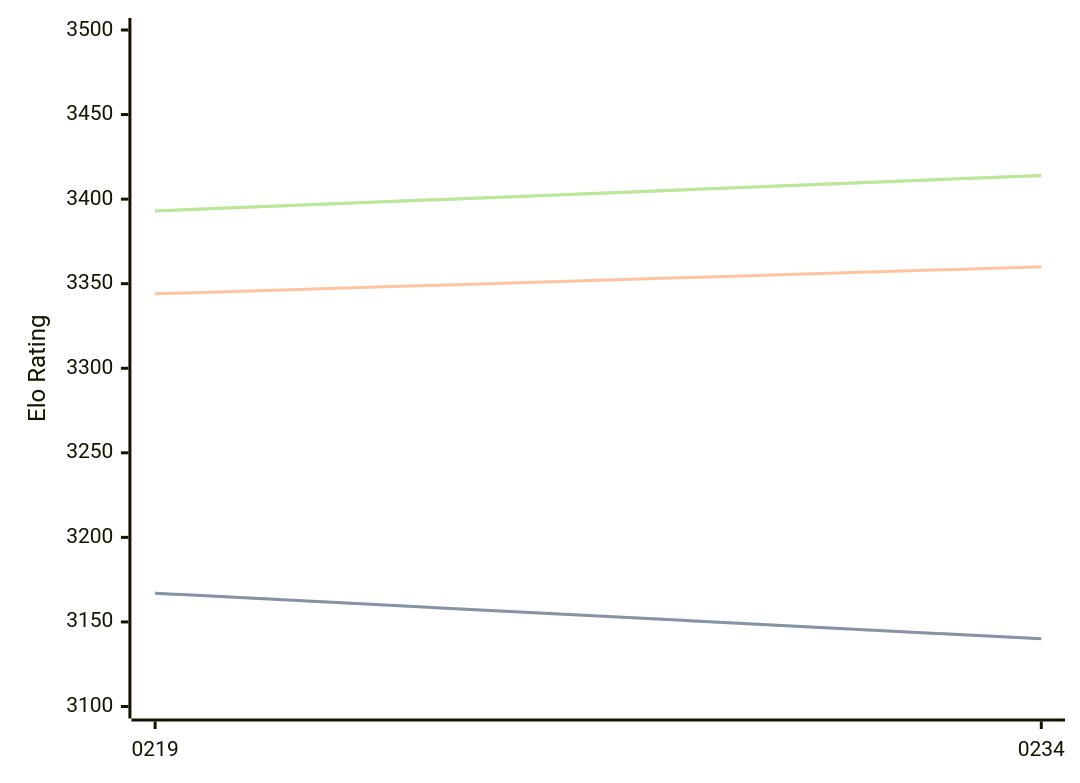
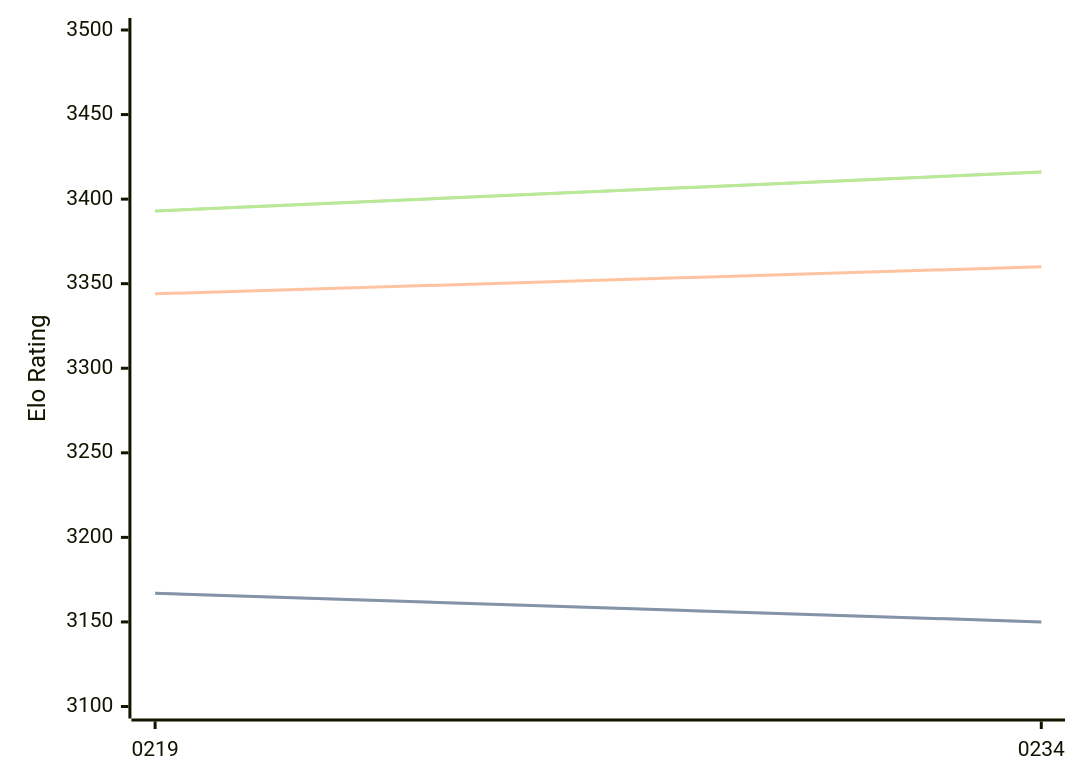
The diagram in engines/Ynode.md (computer-chess-index/cci), drawn with Mermaid before and after one commit. The commit also changed other lines of this file, not shown here.

Commit message:
Update CCI Ratings (ELO VLTC) - 2026-03-26

````diff
--- a/engines/Ynode.md
+++ b/engines/Ynode.md
@@ -39,11 +39,11 @@
 ```mermaid
 %%{init: {"theme":"base","themeVariables":{"seriesColors:['#a3a3a3','#222221','#faa371']}}}%%
 xychart-beta
   x-axis ["0219", "0234"]
   y-axis "Elo Rating" 3100 --> 3500
-  line "STC (8.0+0.08s)" [3167, 3140]
-  line "STC (8.0+0.08s)" [3167, 3140]
+  line "STC (8.0+0.08s)" [3167, 3150]
+  line "STC (8.0+0.08s)" [3167, 3150]
   line "LTC (60.0+0.60s)" [3344, 3360]
-  line "VLTC (2m24s+1.12s)" [3393, 3414]
-  line "VLTC (2m24s+1.12s)" [3393, 3414]
+  line "VLTC (2m24s+1.12s)" [3393, 3416]
+  line "VLTC (2m24s+1.12s)" [3393, 3416]
 ```
````
